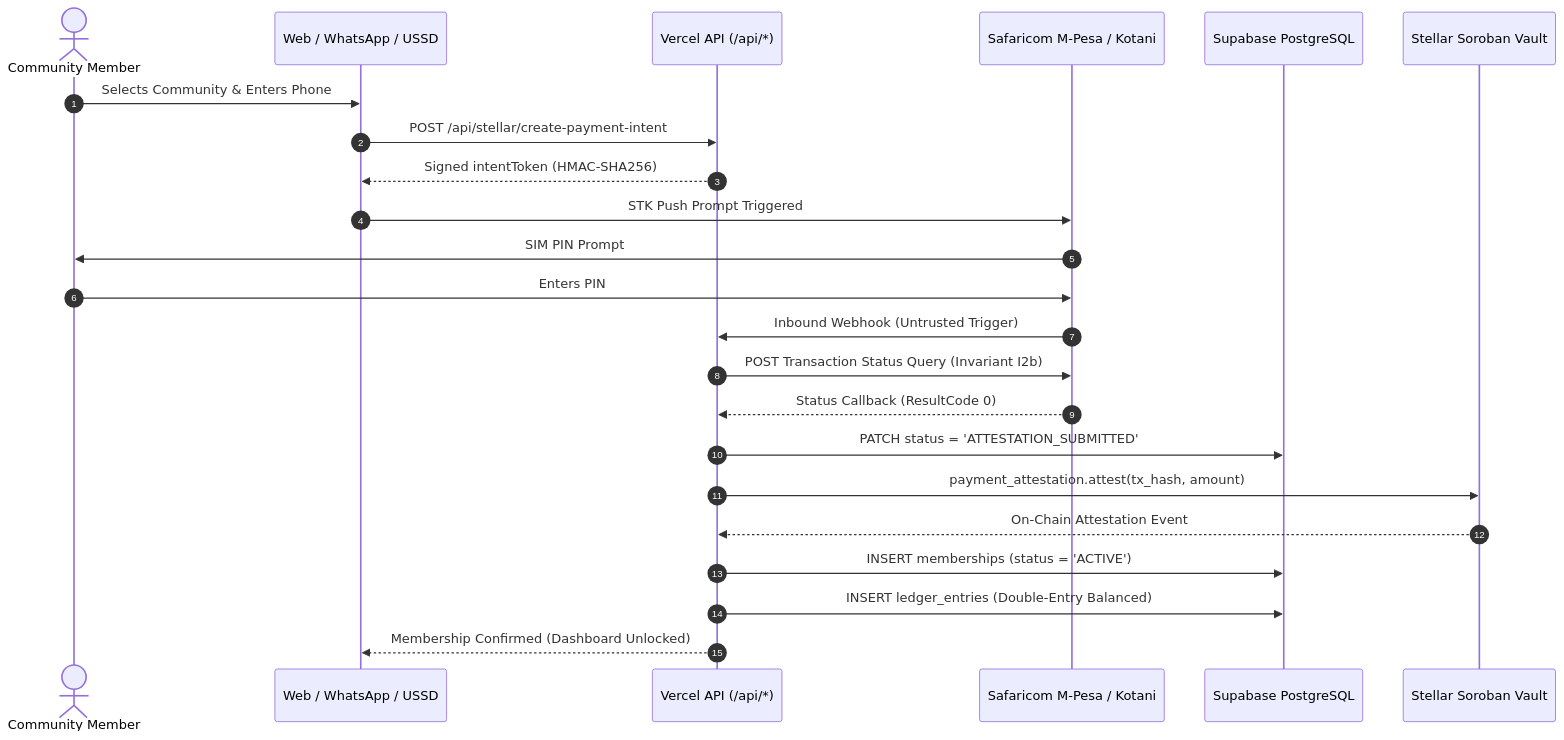
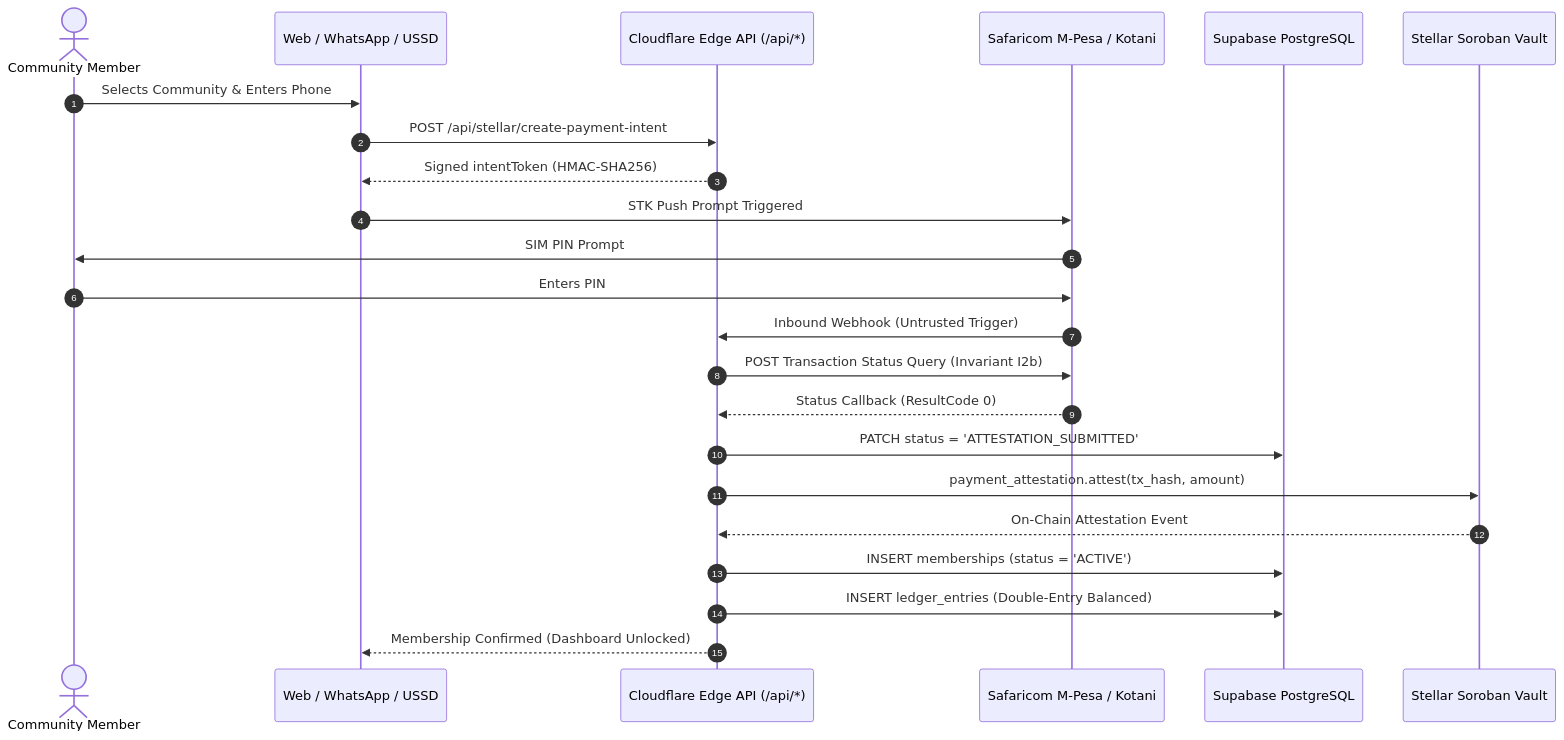
The third of 3 diagrams in BACKEND_CODE_MAP.md (Azizudinly/baraza-protocol), drawn with Mermaid before and after one commit. The commit also changed other lines of this file and 75 other files, not shown here.

````diff
--- a/BACKEND_CODE_MAP.md
+++ b/BACKEND_CODE_MAP.md
@@ -319,26 +320,26 @@
 ```mermaid
 sequenceDiagram
     autonumber
     actor Member as Community Member
     participant UI as Web / WhatsApp / USSD
-    participant API as Vercel API (/api/*)
+    participant API as Cloudflare Edge API (/api/*)
     participant Safaricom as Safaricom M-Pesa / Kotani
     participant DB as Supabase PostgreSQL
     participant Chain as Stellar Soroban Vault
 
     Member->>UI: Selects Community & Enters Phone
     UI->>API: POST /api/stellar/create-payment-intent
     API-->>UI: Signed intentToken (HMAC-SHA256)
     UI->>Safaricom: STK Push Prompt Triggered
     Safaricom->>Member: SIM PIN Prompt
     Member->>Safaricom: Enters PIN
     Safaricom->>API: Inbound Webhook (Untrusted Trigger)
     API->>Safaricom: POST Transaction Status Query (Invariant I2b)
     Safaricom-->>API: Status Callback (ResultCode 0)
     API->>DB: PATCH status = 'ATTESTATION_SUBMITTED'
     API->>Chain: payment_attestation.attest(tx_hash, amount)
     Chain-->>API: On-Chain Attestation Event
     API->>DB: INSERT memberships (status = 'ACTIVE')
     API->>DB: INSERT ledger_entries (Double-Entry Balanced)
     API-->>UI: Membership Confirmed (Dashboard Unlocked)
 ```
````
